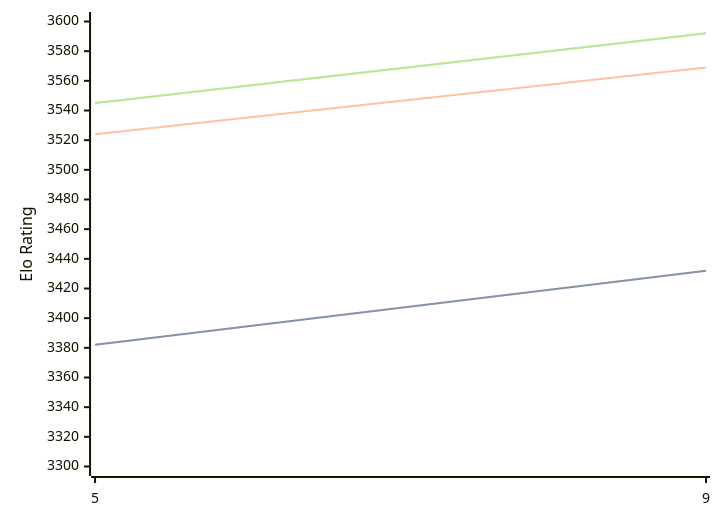
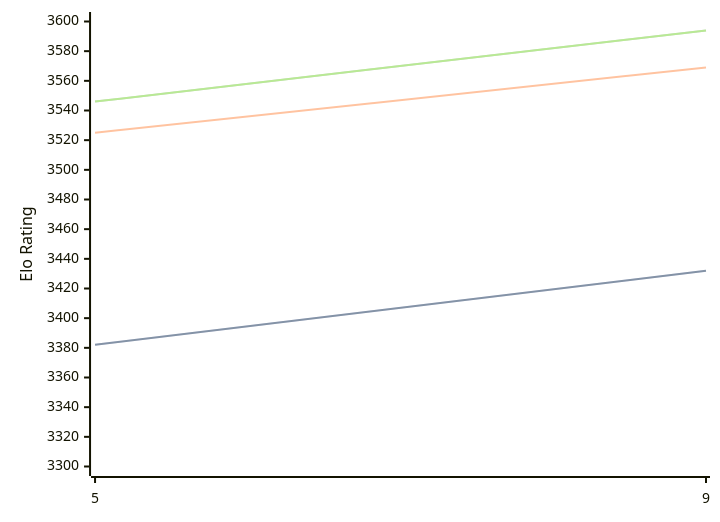
One commit to computer-chess-index/cci changed the diagram in engines/Crystal.md. Above: the diagram before and after it, drawn with Mermaid. The commit also changed other lines of this file, not shown here.

Commit message:
Update CCI Ratings (ELO VLTC) - 2026-09-08

````diff
--- a/engines/Crystal.md
+++ b/engines/Crystal.md
@@ -32,11 +32,11 @@
 ```mermaid
 %%{init: {"theme":"base","themeVariables":{"seriesColors:['#a3a3a3','#222221','#faa371']}}}%%
 xychart-beta
   x-axis ["5", "9"]
   y-axis "Elo Rating" 3300 --> 3600
   line "" [3382, 3432]
   line "STC (8.0+0.08s)" [3382, 3432]
-  line "LTC (60.0+0.60s)" [3524, 3569]
-  line "" [3545, 3592]
-  line "VLTC (2m24s+1.12s)" [3545, 3592]
+  line "LTC (60.0+0.60s)" [3525, 3569]
+  line "" [3546, 3594]
+  line "VLTC (2m24s+1.12s)" [3546, 3594]
 ```
````
